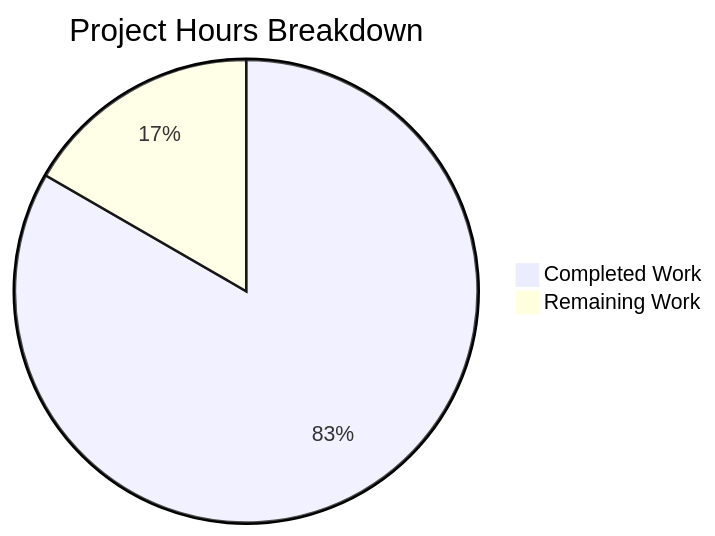
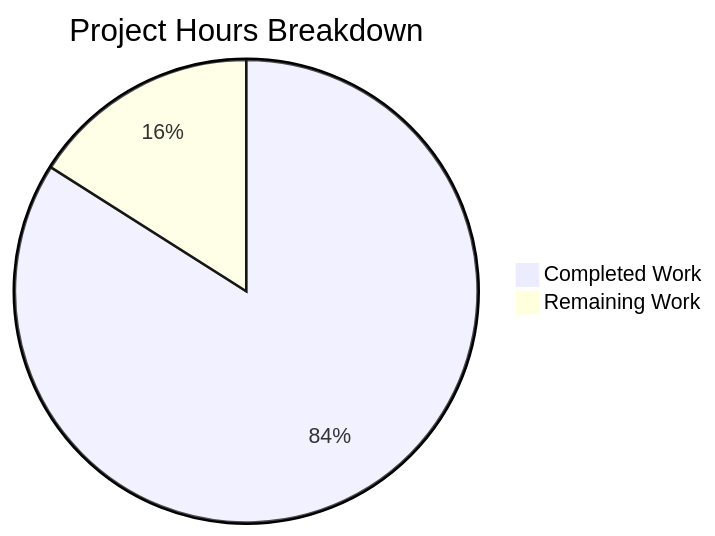
Before and after one commit to Blitzy-Sandbox/blitzy-cal: the second of 2 diagrams in blitzy/documentation/Project Guide.md, drawn with Mermaid. The commit also changed other lines of this file, not shown here.

Commit message:
Adding Blitzy Project Guide: Project Status and Human Tasks Remaining

````diff
--- a/blitzy/documentation/Project Guide.md
+++ b/blitzy/documentation/Project Guide.md
@@ -182,5 +185,5 @@
 ```mermaid
 pie title Project Hours Breakdown
-    "Completed Work" : 30
-    "Remaining Work" : 6
+    "Completed Work" : 42
+    "Remaining Work" : 8
 ```
````
